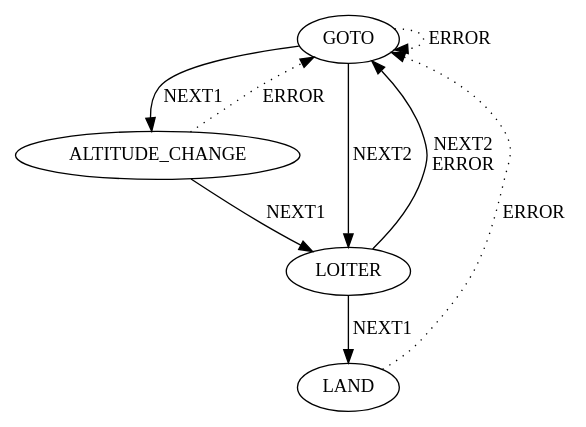
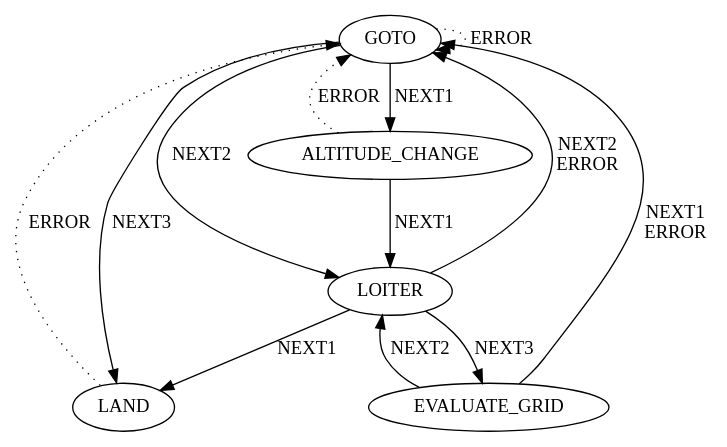
The diagram in safe_landing_planner/src/nodes/waypoint_generator.cpp.dot (PX4/PX4-Avoidance), drawn with Graphviz before and after one commit.

Commit message:
update state machine diagram

```diff
--- a/safe_landing_planner/src/nodes/waypoint_generator.cpp.dot
+++ b/safe_landing_planner/src/nodes/waypoint_generator.cpp.dot
@@ -1,10 +1,14 @@
 digraph {
     "GOTO" -> "ALTITUDE_CHANGE" [label="NEXT1", style="solid", weight=1]
     "GOTO" -> "LOITER" [label="NEXT2", style="solid", weight=1]
+    "GOTO" -> "LAND" [label="NEXT3", style="solid", weight=1]
     "GOTO" -> "GOTO" [label="ERROR", style="dotted", weight=0.1]
     "ALTITUDE_CHANGE" -> "LOITER" [label="NEXT1", style="solid", weight=1]
     "ALTITUDE_CHANGE" -> "GOTO" [label="ERROR", style="dotted", weight=0.1]
     "LOITER" -> "LAND" [label="NEXT1", style="solid", weight=1]
     "LOITER" -> "GOTO" [label="NEXT2\nERROR", style="solid", weight=1]
+    "LOITER" -> "EVALUATE_GRID" [label="NEXT3", style="solid", weight=1]
+    "EVALUATE_GRID" -> "GOTO" [label="NEXT1\nERROR", style="solid", weight=1]
+    "EVALUATE_GRID" -> "LOITER" [label="NEXT2", style="solid", weight=1]
     "LAND" -> "GOTO" [label="ERROR", style="dotted", weight=0.1]
 }
```
